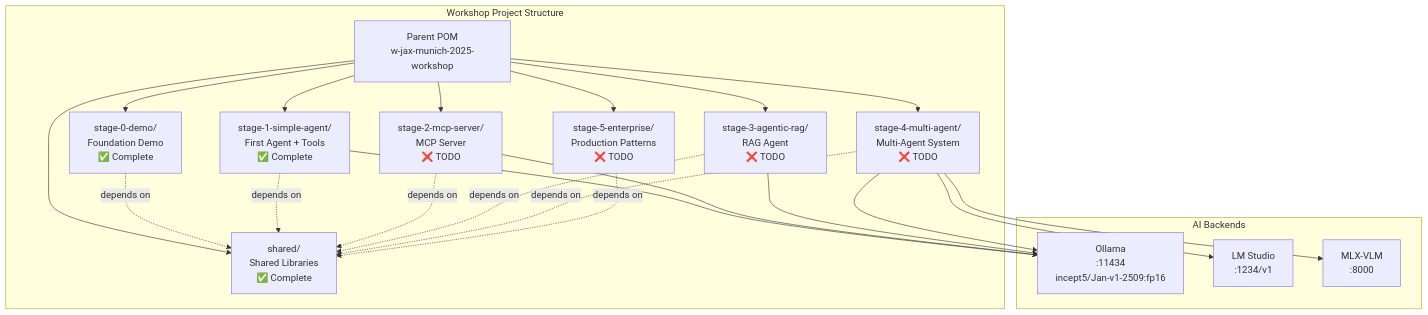
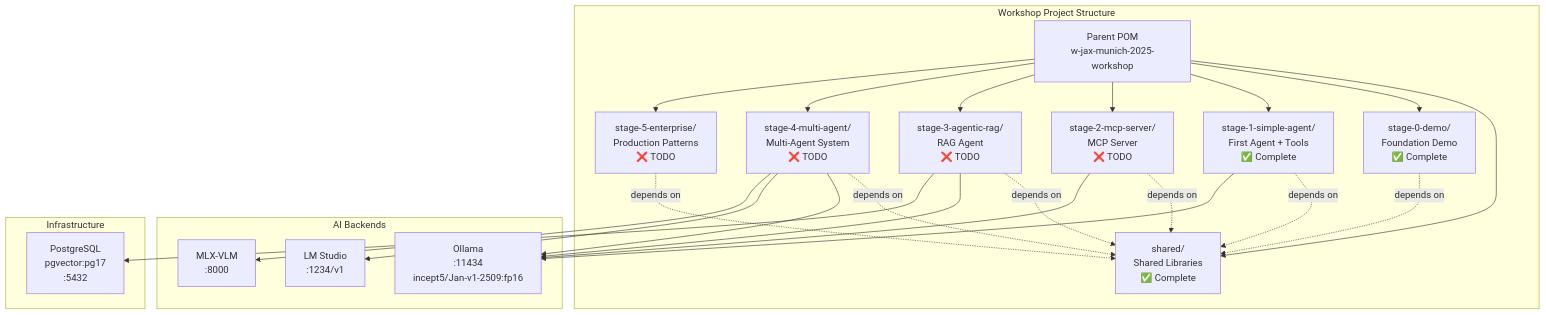
The first of 3 diagrams in architecture.md (Incept5/w-jax-munich-2025-workshop), drawn with Mermaid before and after one commit. The commit also changed other lines of this file, not shown here.

````diff
--- a/architecture.md
+++ b/architecture.md
@@ -73,34 +73,39 @@
 ```mermaid
 graph TB
     subgraph "Workshop Project Structure"
         PARENT[Parent POM<br/>w-jax-munich-2025-workshop]
         
         PARENT --> SHARED[shared/<br/>Shared Libraries<br/>✅ Complete]
         PARENT --> S0[stage-0-demo/<br/>Foundation Demo<br/>✅ Complete]
         PARENT --> S1[stage-1-simple-agent/<br/>First Agent + Tools<br/>✅ Complete]
         PARENT --> S2[stage-2-mcp-server/<br/>MCP Server<br/>❌ TODO]
         PARENT --> S3[stage-3-agentic-rag/<br/>RAG Agent<br/>❌ TODO]
         PARENT --> S4[stage-4-multi-agent/<br/>Multi-Agent System<br/>❌ TODO]
         PARENT --> S5[stage-5-enterprise/<br/>Production Patterns<br/>❌ TODO]
         
         S0 -.depends on.-> SHARED
         S1 -.depends on.-> SHARED
         S2 -.depends on.-> SHARED
         S3 -.depends on.-> SHARED
         S4 -.depends on.-> SHARED
         S5 -.depends on.-> SHARED
     end
     
     subgraph "AI Backends"
         OLLAMA[Ollama<br/>:11434<br/>incept5/Jan-v1-2509:fp16]
         LMSTUDIO[LM Studio<br/>:1234/v1]
         MLXVLM[MLX-VLM<br/>:8000]
     end
     
+    subgraph "Infrastructure"
+        POSTGRES[PostgreSQL<br/>pgvector:pg17<br/>:5432]
+    end
+    
     S1 --> OLLAMA
     S2 --> OLLAMA
     S3 --> OLLAMA
+    S3 --> POSTGRES
     S4 --> OLLAMA
     S4 --> LMSTUDIO
     S4 --> MLXVLM
 ```
````
